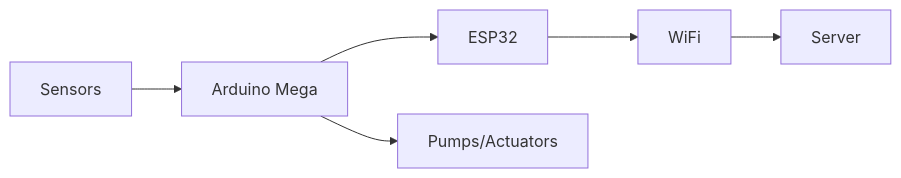
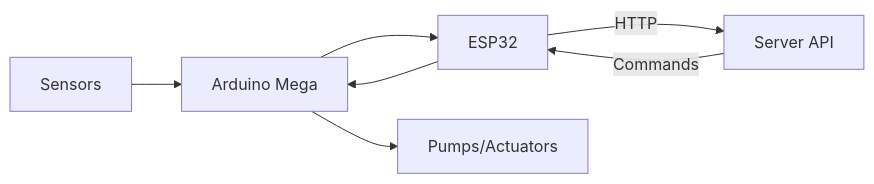
Before and after one commit to Hayle-HB/ecofarmIQ_AASTU: the first of 2 diagrams in ReadMe.md, drawn with Mermaid. The commit also changed other lines of this file and 1 other file, not shown here.

Commit message:
api endpoints entegrated

````diff
--- a/ReadMe.md
+++ b/ReadMe.md
@@ -11,8 +11,9 @@
 ```mermaid
 graph LR
     A[Sensors] --> B[Arduino Mega]
     B --> C[ESP32]
-    C --> D[WiFi]
-    D --> E[Server]
+    C --> |HTTP| D[Server API]
+    D --> |Commands| C
+    C --> B
     B --> F[Pumps/Actuators]
 ```
````
